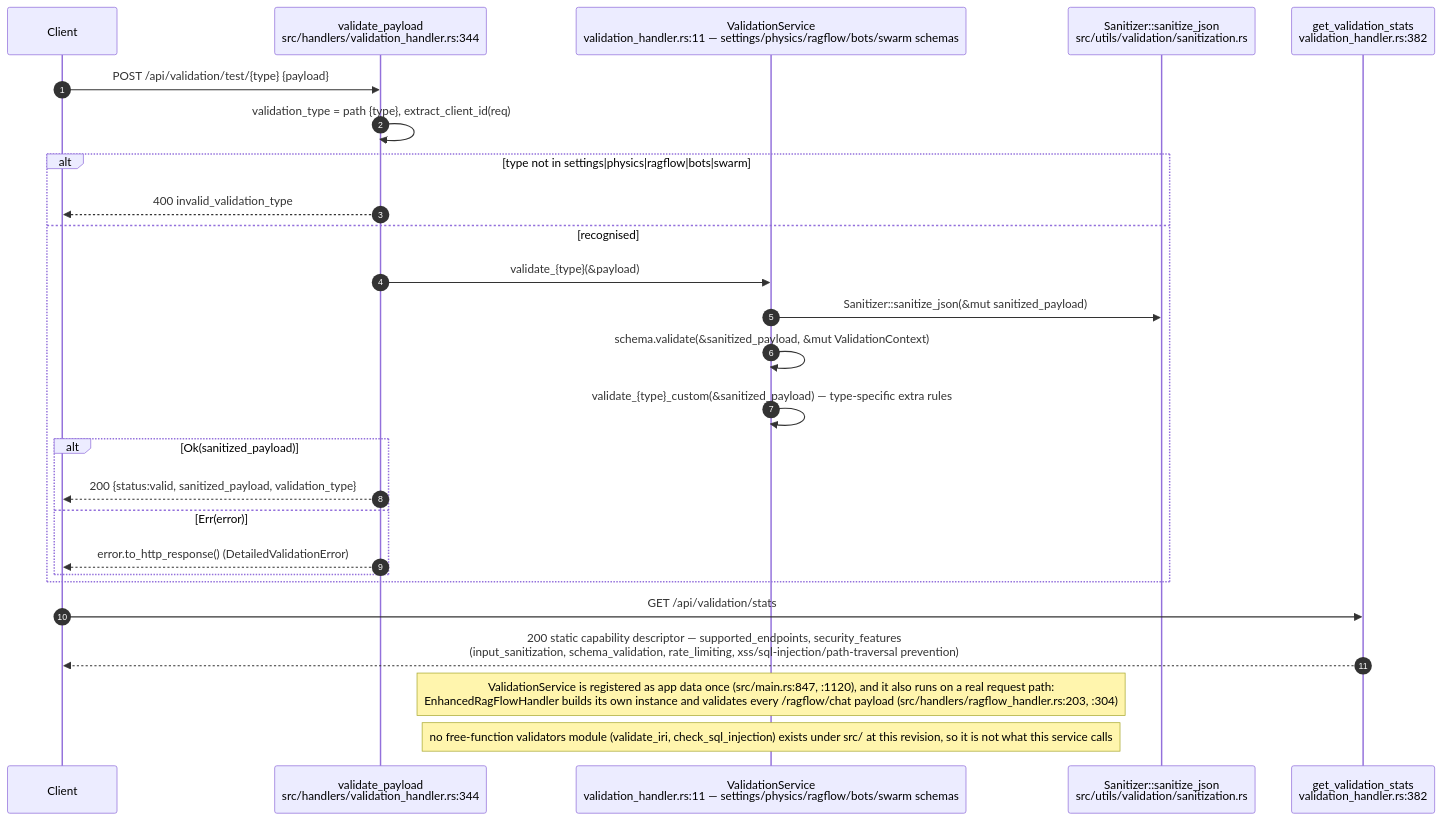
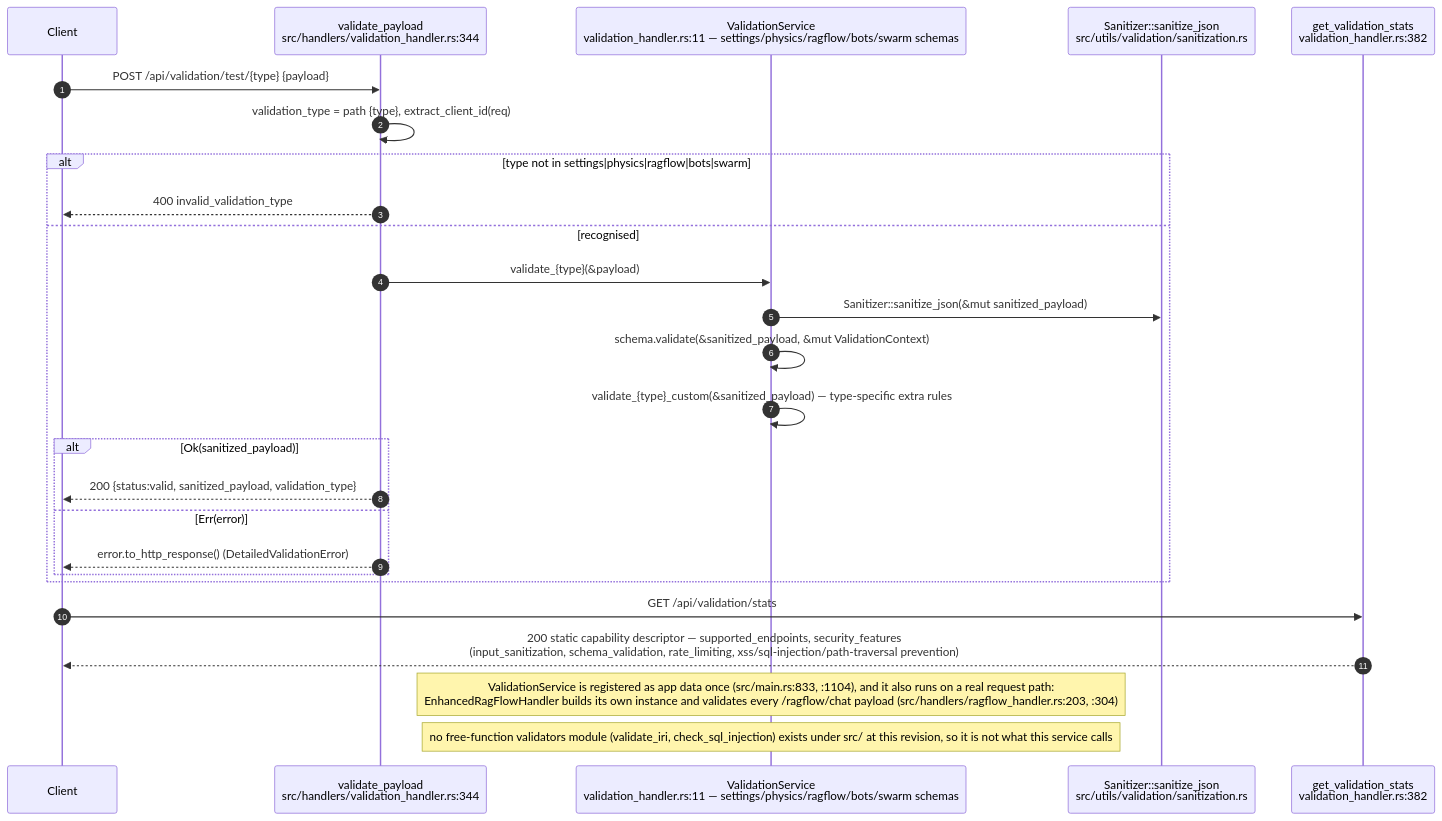
Diagram 17 of 24 in docs/diagrams/visionclaw/04-handlers-graph-and-state.md (DreamLab-AI/VisionFlow), drawn with Mermaid before and after one commit. The commit also changed other lines of this file and 7 other files, not shown here.

````diff
--- a/docs/diagrams/visionclaw/04-handlers-graph-and-state.md
+++ b/docs/diagrams/visionclaw/04-handlers-graph-and-state.md
@@ -894,29 +899,29 @@
 ```mermaid
 sequenceDiagram
     autonumber
     participant C as Client
     participant VP as validate_payload<br/>src/handlers/validation_handler.rs:344
     participant VS as ValidationService<br/>validation_handler.rs:11 — settings/physics/ragflow/bots/swarm schemas
     participant SAN as Sanitizer::sanitize_json<br/>src/utils/validation/sanitization.rs
     participant GS as get_validation_stats<br/>validation_handler.rs:382
 
     C->>VP: POST /api/validation/test/{type} {payload}
     VP->>VP: validation_type = path {type}, extract_client_id(req)
     alt type not in settings|physics|ragflow|bots|swarm
         VP-->>C: 400 invalid_validation_type
     else recognised
         VP->>VS: validate_{type}(&payload)
         VS->>SAN: Sanitizer::sanitize_json(&mut sanitized_payload)
         VS->>VS: schema.validate(&sanitized_payload, &mut ValidationContext)
         VS->>VS: validate_{type}_custom(&sanitized_payload) — type-specific extra rules
         alt Ok(sanitized_payload)
             VP-->>C: 200 {status:valid, sanitized_payload, validation_type}
         else Err(error)
             VP-->>C: error.to_http_response() (DetailedValidationError)
         end
     end
     C->>GS: GET /api/validation/stats
     GS-->>C: 200 static capability descriptor — supported_endpoints, security_features<br/>(input_sanitization, schema_validation, rate_limiting, xss/sql-injection/path-traversal prevention)
-    Note over VS: ValidationService is registered as app data once (src/main.rs:847, :1120), and it also runs on a real request path:<br/>EnhancedRagFlowHandler builds its own instance and validates every /ragflow/chat payload (src/handlers/ragflow_handler.rs:203, :304)
+    Note over VS: ValidationService is registered as app data once (src/main.rs:833, :1104), and it also runs on a real request path:<br/>EnhancedRagFlowHandler builds its own instance and validates every /ragflow/chat payload (src/handlers/ragflow_handler.rs:203, :304)
     Note over VS: no free-function validators module (validate_iri, check_sql_injection) exists under src/ at this revision, so it is not what this service calls
 ```
````
